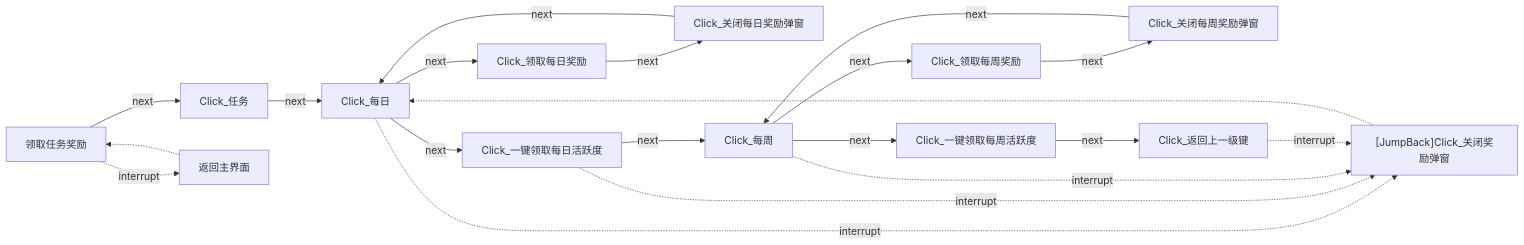
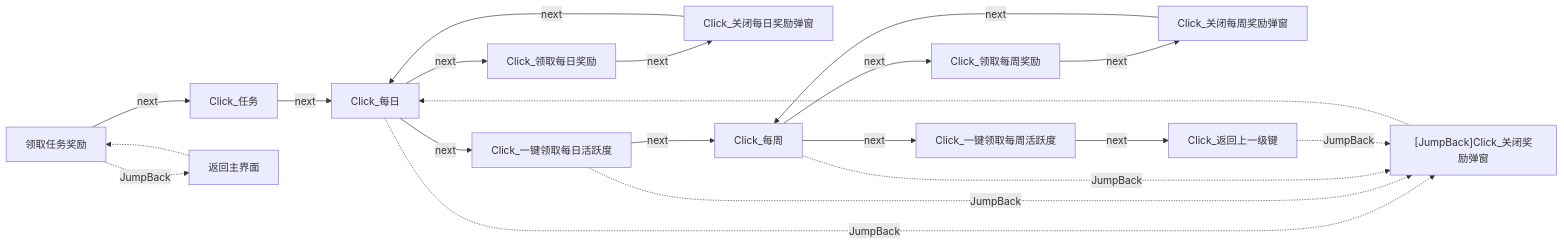
Diagram 11 of 40 in docs/zh_cn/develop/Pipeline说明.md (Coxwtwo/MaaTOT), drawn with Mermaid before and after one commit. The commit also changed other lines of this file, not shown here.

Commit message:
docs: 完善 Pipeline 说明，新增未名市移动、未名市周任务文档，interrupt→JumpBack(MaaFramework v5.1 起已废弃 interrupt 字段）

````diff
--- a/docs/zh_cn/develop/Pipeline说明.md
+++ b/docs/zh_cn/develop/Pipeline说明.md
@@ -256,22 +256,22 @@
 ```mermaid
 flowchart LR
     n0["领取任务奖励"] -->|next| n1["Click_任务"]
-    n0 -.->|interrupt| n2["返回主界面"]
+    n0 -.->|JumpBack| n2["返回主界面"]
     n2 -.-> n0
     n1 -->|next| n3["Click_每日"]
     n3 -->|next| n4["Click_领取每日奖励"]
     n3 -->|next| n5["Click_一键领取每日活跃度"]
-    n3 -.->|interrupt| n6["[JumpBack]Click_关闭奖励弹窗"]
+    n3 -.->|JumpBack| n6["[JumpBack]Click_关闭奖励弹窗"]
     n6 -.-> n3
     n4 -->|next| n7["Click_关闭每日奖励弹窗"]
     n7 -->|next| n3
     n5 -->|next| n8["Click_每周"]
-    n5 -.->|interrupt| n6
+    n5 -.->|JumpBack| n6
     n8 -->|next| n9["Click_领取每周奖励"]
     n8 -->|next| n10["Click_一键领取每周活跃度"]
-    n8 -.->|interrupt| n6
+    n8 -.->|JumpBack| n6
     n9 -->|next| n11["Click_关闭每周奖励弹窗"]
     n11 -->|next| n8
     n10 -->|next| n12["Click_返回上一级键"]
-    n12 -.->|interrupt| n6
+    n12 -.->|JumpBack| n6
 ```
````
